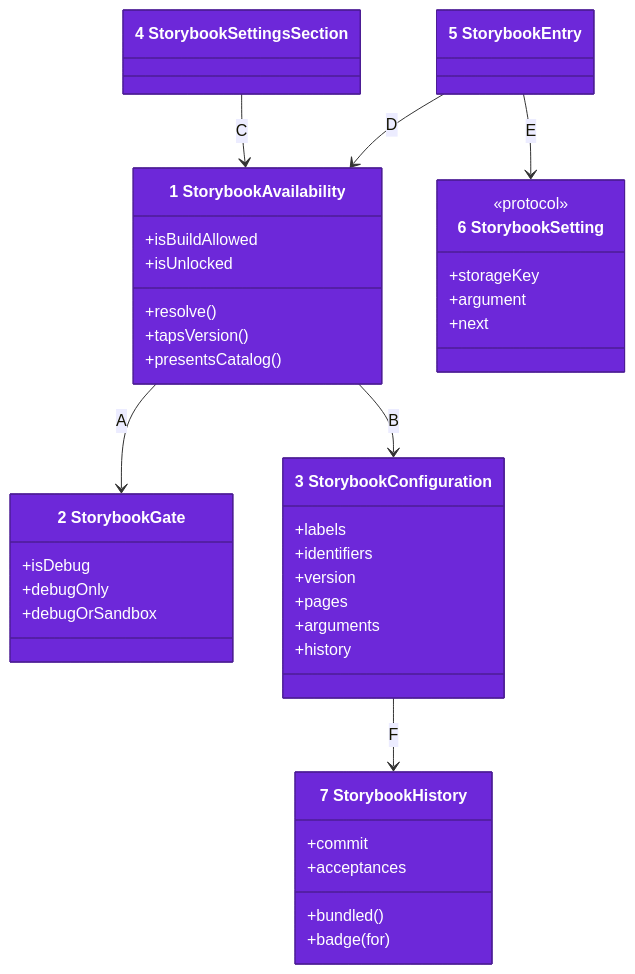
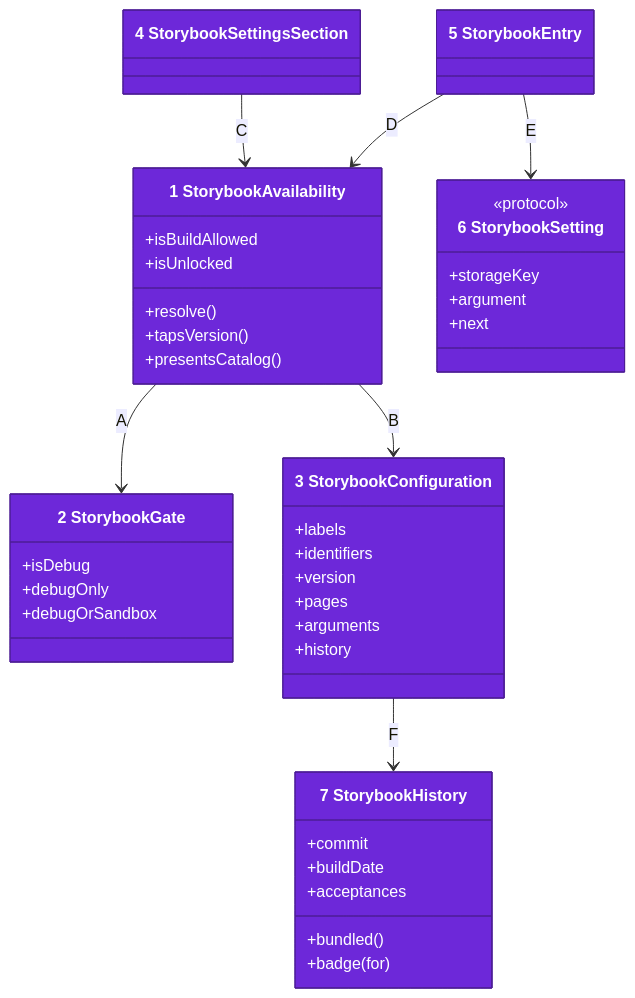
Before and after one commit to may-journal/common-swift: the first of 2 diagrams in Packages/Storybook/docs/architecture/04-code.md, drawn with Mermaid. The commit also changed other lines of this file and 18 other files, not shown here.

````diff
--- a/Packages/Storybook/docs/architecture/04-code.md
+++ b/Packages/Storybook/docs/architecture/04-code.md
@@ -5,52 +5,53 @@
 ```mermaid
 classDiagram
     class StorybookAvailability["1 StorybookAvailability"] {
         +isBuildAllowed
         +isUnlocked
         +resolve()
         +tapsVersion()
         +presentsCatalog()
     }
     class StorybookGate["2 StorybookGate"] {
         +isDebug
         +debugOnly
         +debugOrSandbox
     }
     class StorybookConfiguration["3 StorybookConfiguration"] {
         +labels
         +identifiers
         +version
         +pages
         +arguments
         +history
     }
     class StorybookSettingsSection["4 StorybookSettingsSection"]
     class StorybookEntry["5 StorybookEntry"]
     class StorybookHistory["7 StorybookHistory"] {
         +commit
+        +buildDate
         +acceptances
         +bundled()
         +badge(for)
     }
     class StorybookSetting["6 StorybookSetting"] {
         <<protocol>>
         +storageKey
         +argument
         +next
     }
 
     StorybookAvailability --> StorybookGate : A
     StorybookAvailability --> StorybookConfiguration : B
     StorybookSettingsSection --> StorybookAvailability : C
     StorybookEntry --> StorybookAvailability : D
     StorybookEntry --> StorybookSetting : E
     StorybookConfiguration --> StorybookHistory : F
 
     style StorybookAvailability fill:#6d28d9,stroke:#4c1d95,color:#ffffff
     style StorybookGate fill:#6d28d9,stroke:#4c1d95,color:#ffffff
     style StorybookConfiguration fill:#6d28d9,stroke:#4c1d95,color:#ffffff
     style StorybookSettingsSection fill:#6d28d9,stroke:#4c1d95,color:#ffffff
     style StorybookEntry fill:#6d28d9,stroke:#4c1d95,color:#ffffff
     style StorybookSetting fill:#6d28d9,stroke:#4c1d95,color:#ffffff
     style StorybookHistory fill:#6d28d9,stroke:#4c1d95,color:#ffffff
 ```
````
